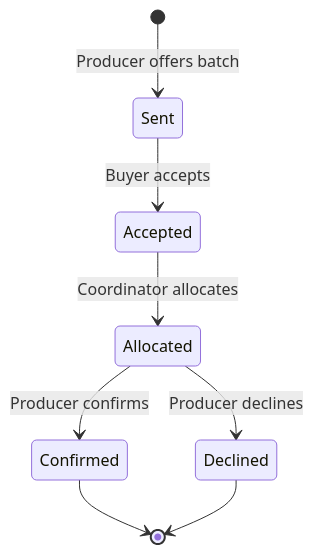
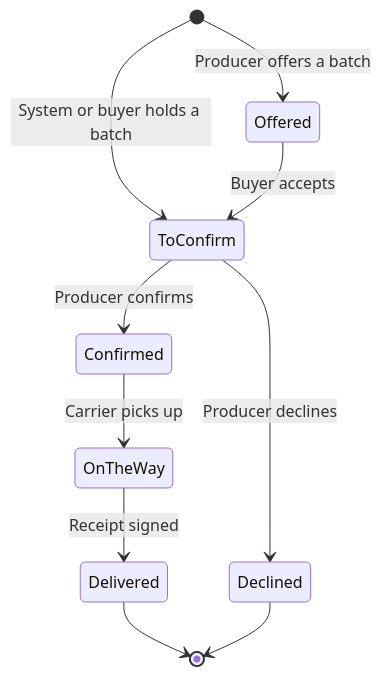
Before and after one commit to DACN-Manifest-NongNh-p/agri-supply-demand-platform: the fifth of 6 diagrams in docs/producer/README.md, drawn with Mermaid. The commit also changed other lines of this file and 97 other files, not shown here.

````diff
--- a/docs/producer/README.md
+++ b/docs/producer/README.md
@@ -153,10 +161,12 @@
 ```mermaid
 stateDiagram-v2
-    [*] --> Sent: Producer offers batch
-    Sent --> Accepted: Buyer accepts
-    Accepted --> Allocated: Coordinator allocates
-    Allocated --> Confirmed: Producer confirms
-    Allocated --> Declined: Producer declines
-    Confirmed --> [*]
+    [*] --> Offered: Producer offers a batch
+    [*] --> ToConfirm: System or buyer holds a batch
+    Offered --> ToConfirm: Buyer accepts
+    ToConfirm --> Confirmed: Producer confirms
+    ToConfirm --> Declined: Producer declines
+    Confirmed --> OnTheWay: Carrier picks up
+    OnTheWay --> Delivered: Receipt signed
+    Delivered --> [*]
     Declined --> [*]
 ```
````
